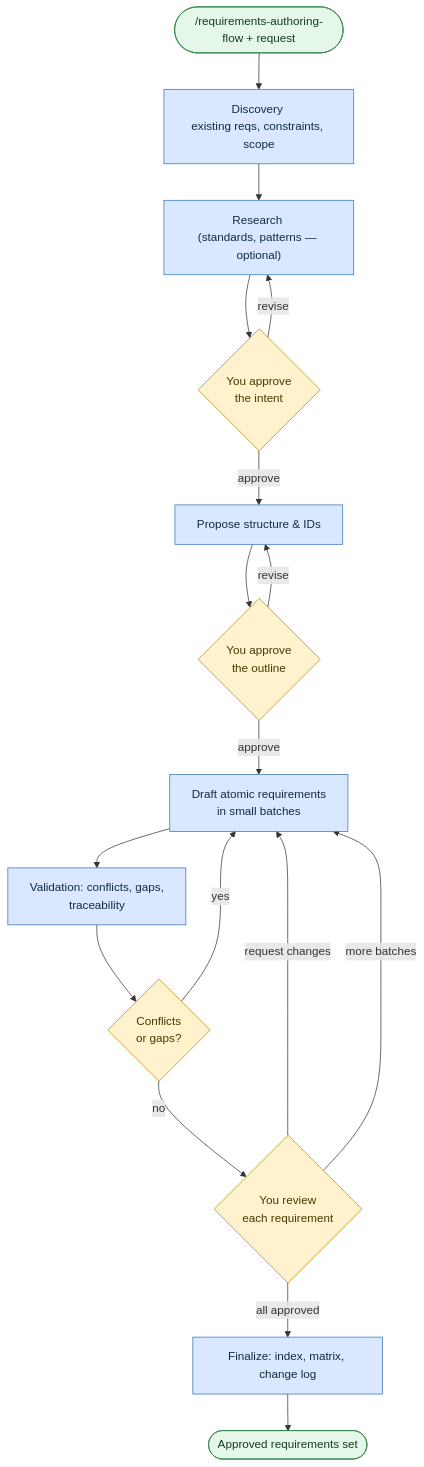
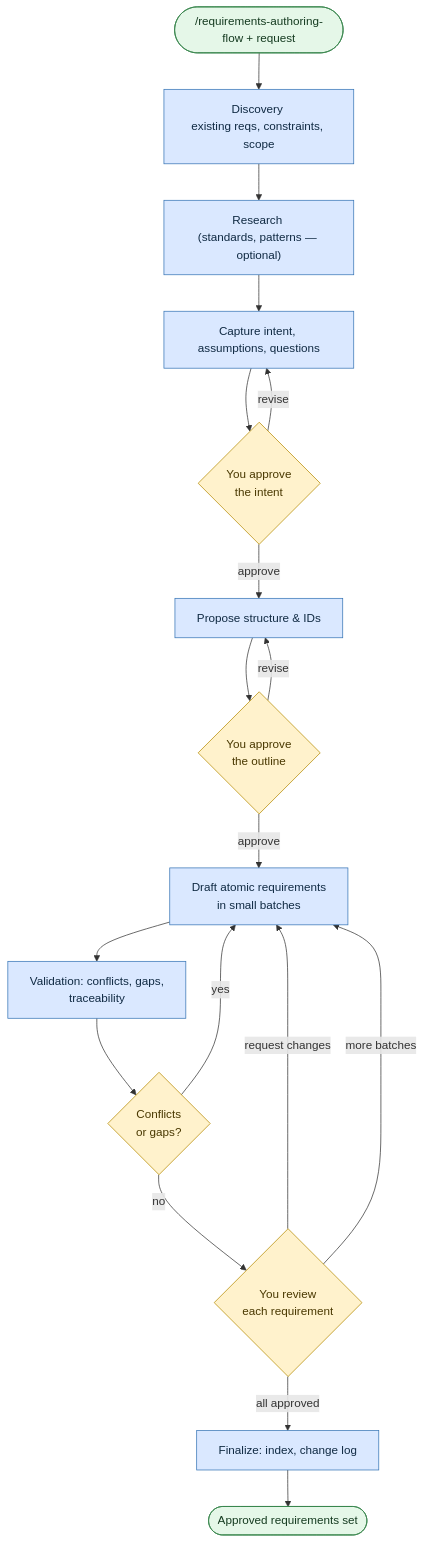
The diagram in user-guide/scenarios/requirements.md (atomicdjt/rosetta), drawn with Mermaid before and after one commit. The commit also changed other lines of this file and 86 other files, not shown here.

````diff
--- a/user-guide/scenarios/requirements.md
+++ b/user-guide/scenarios/requirements.md
@@ -27,26 +27,27 @@
 ```mermaid
 flowchart TB
     Start(["/requirements-authoring-flow + request"]) --> Disc["Discovery <br>existing reqs, constraints, scope"]
     Disc --> Research["Research <br>(standards, patterns — optional)"]
-    Research --> G1{"You approve <br>the intent"}
-    G1 -->|revise| Research
+    Research --> Intent["Capture intent, assumptions, questions"]
+    Intent --> G1{"You approve <br>the intent"}
+    G1 -->|revise| Intent
     G1 -->|approve| Outline["Propose structure & IDs"]
     Outline --> G2{"You approve <br>the outline"}
     G2 -->|revise| Outline
     G2 -->|approve| Draft["Draft atomic requirements <br>in small batches"]
     Draft --> Val["Validation: conflicts, gaps, <br>traceability"]
     Val --> VOK{"Conflicts <br>or gaps?"}
     VOK -->|yes| Draft
     VOK -->|no| G3{"You review <br>each requirement"}
     G3 -->|request changes| Draft
     G3 -->|more batches| Draft
-    G3 -->|all approved| Final["Finalize: index, matrix, change log"]
+    G3 -->|all approved| Final["Finalize: index, change log"]
     Final --> Done(["Approved requirements set"])
 
     classDef step fill:#dae8ff,stroke:#3674b5,color:#102a43;
     classDef gate fill:#fff2cc,stroke:#b58b00,color:#493800;
     classDef done fill:#e5f7e8,stroke:#35834a,color:#153b20;
-    class Disc,Research,Outline,Draft,Val,Final step;
+    class Disc,Research,Intent,Outline,Draft,Val,Final step;
     class G1,G2,VOK,G3 gate;
     class Start,Done done;
 ```
````
